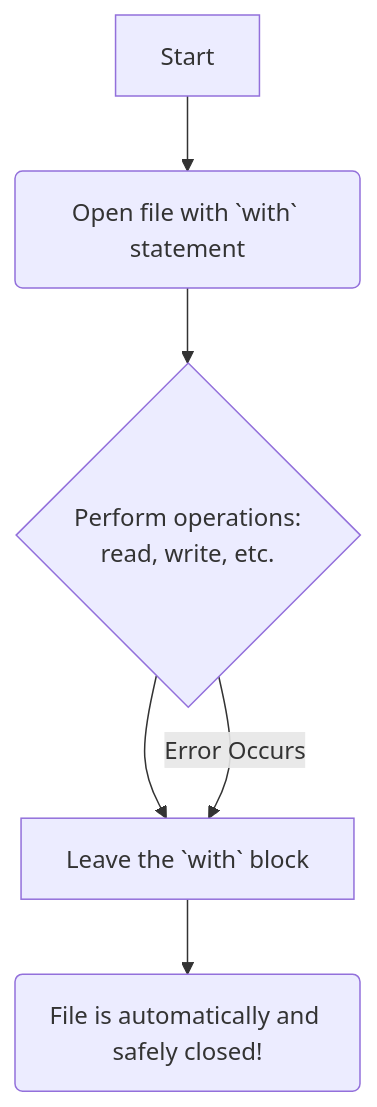
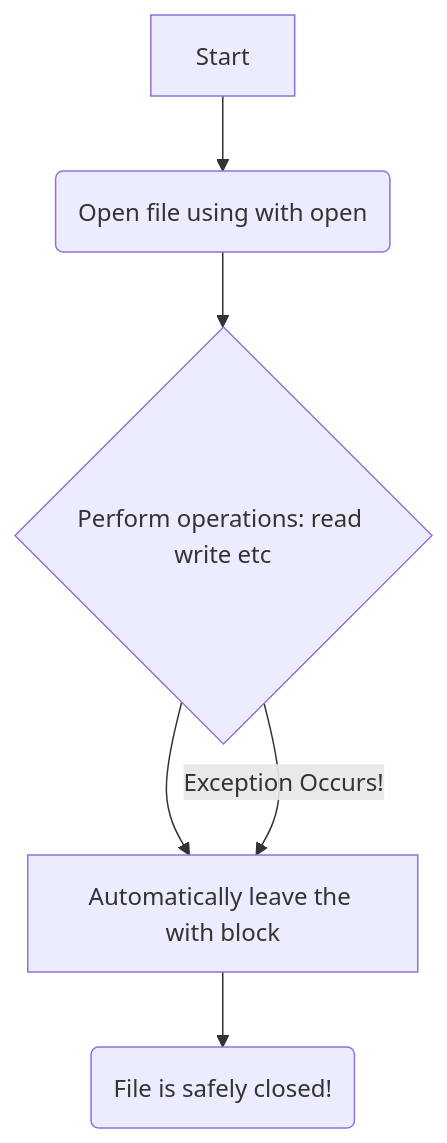
One commit to riyann00b/SDHub-DS changed the second of 4 diagrams in README.md. Above: the diagram before and after it, drawn with Mermaid. The commit also changed other lines of this file, not shown here.

````diff
--- a/README.md
+++ b/README.md
@@ -216,8 +218,8 @@
-    ```mermaid
-    graph TD
-        A[Start] --> B(Open file with `with` statement);
-        B --> C{Perform operations: <br> read, write, etc.};
-        C --> D[Leave the `with` block];
-        D --> E(File is automatically and safely closed!);
-        C -- Error Occurs --> D;
-    ```
+```mermaid
+graph TD
+    A[Start] --> B(Open file using with open)
+    B --> C{Perform operations: read write etc}
+    C --> D[Automatically leave the with block]
+    D --> E(File is safely closed!)
+    C -->|Exception Occurs!| D
+```
````
